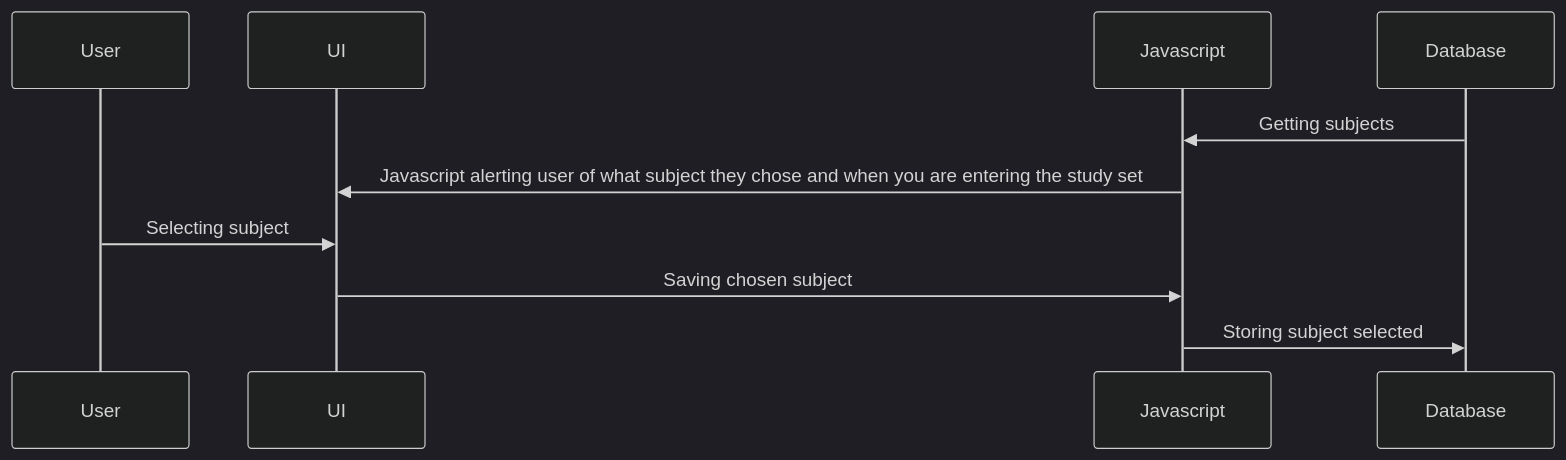
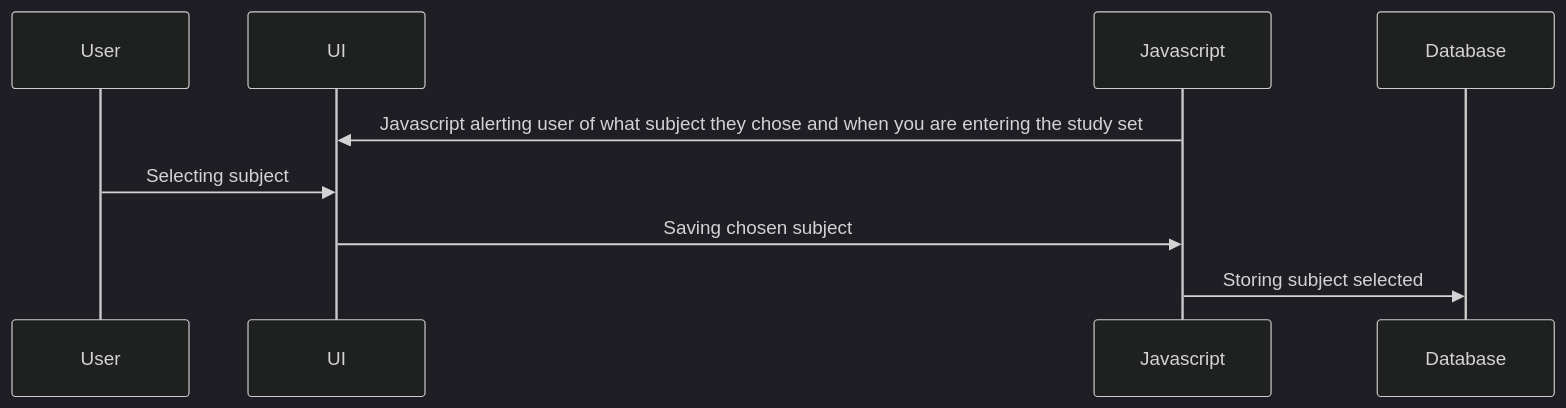
Before and after one commit to Madi3456/Group-15: the diagram in team/m3/sydnie-lui/subjects-diagram.md, drawn with Mermaid (dark theme). The commit also changed other lines of this file, not shown here.

````diff
--- a/team/m3/sydnie-lui/subjects-diagram.md
+++ b/team/m3/sydnie-lui/subjects-diagram.md
@@ -3,13 +3,11 @@
 ```mermaid
 sequenceDiagram
 participant User
 participant UI
 participant Javascript
-participant Database
 
-Database->>Javascript: Getting subjects
 Javascript->>UI: Javascript alerting user of what subject they chose and when you are entering the study set
 User->>UI: Selecting subject
 UI->>Javascript: Saving chosen subject
 Javascript->>Database: Storing subject selected
 ```
````
